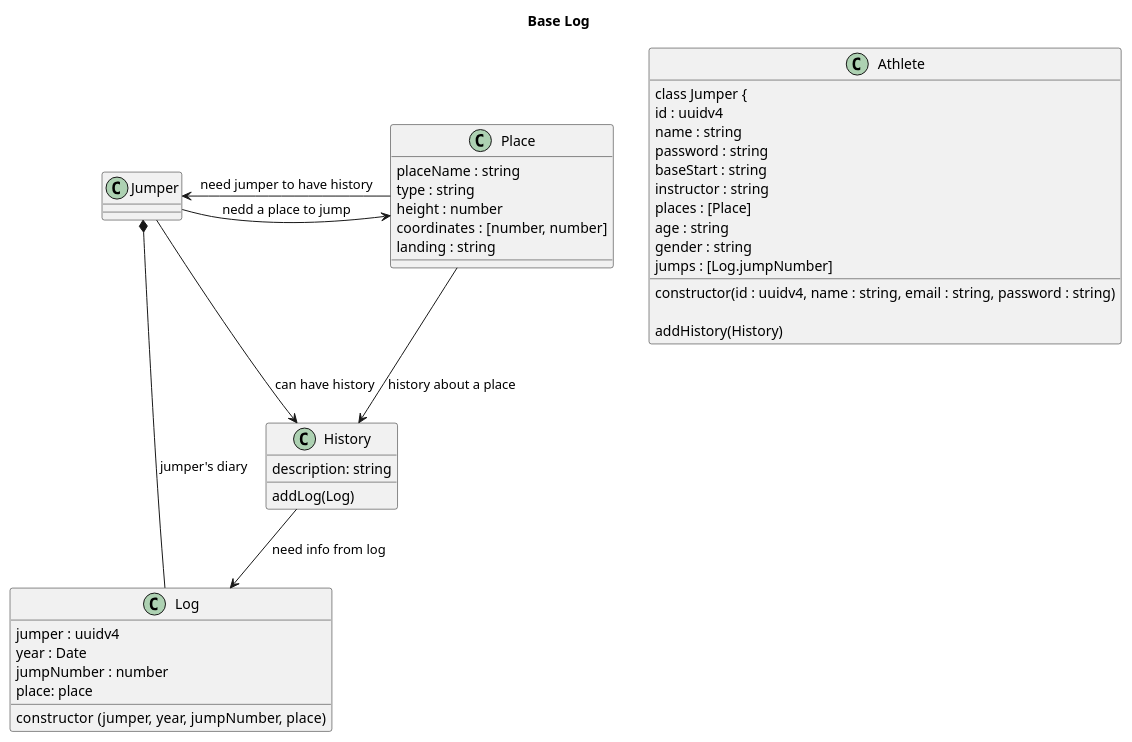
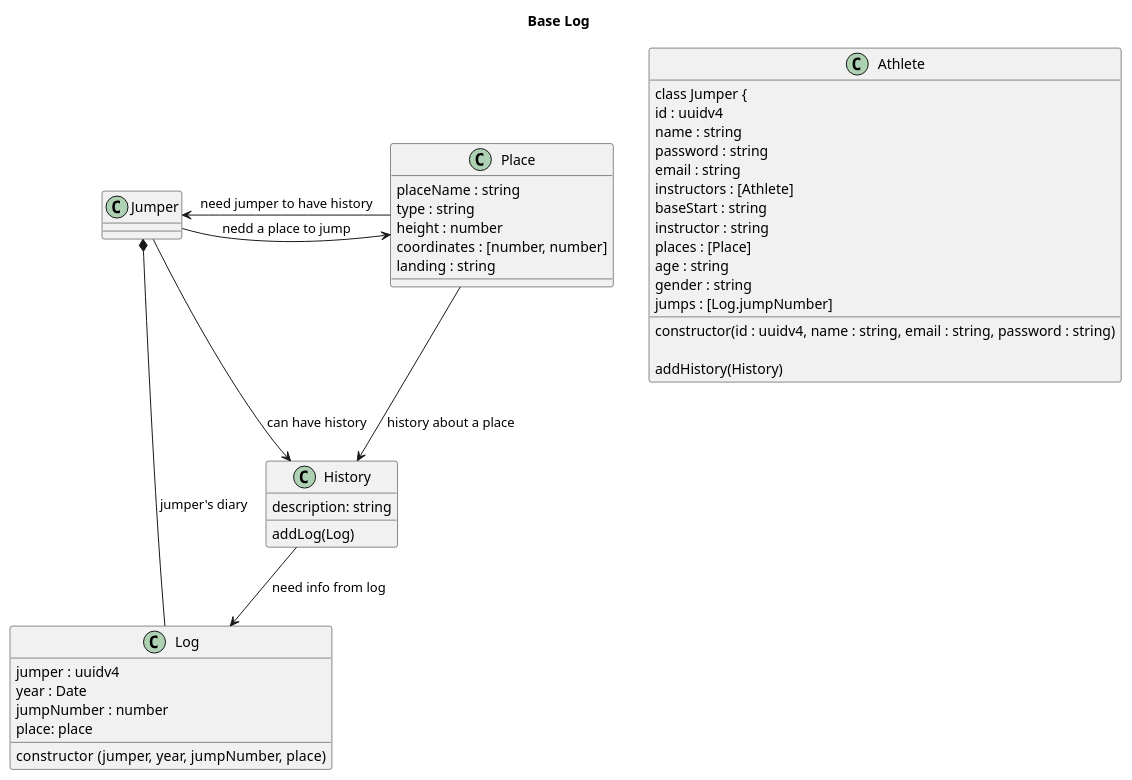
The diagram in architecture/class.puml (discombobulateme/webdoc), drawn with PlantUML before and after one commit.

Commit message:
Add properties instructors as athletes and email

```diff
--- a/architecture/class.puml
+++ b/architecture/class.puml
@@ -1,62 +1,64 @@
 @startuml Base Log
 Title Base Log
 
 class Athlete {
 class Jumper {
 id : uuidv4
 name : string
 password : string
+email : string
+instructors : [Athlete]
 baseStart : string
 instructor : string
 places : [Place]
 age : string
 gender : string
 jumps : [Log.jumpNumber]
 
 constructor(id : uuidv4, name : string, email : string, password : string)
 
 ' A jumper can have one or more histories
 addHistory(History)
 }
 
 ' Place is static, works on it's own
 class Place {
 placeName : string
 type : string
 height : number
 coordinates : [number, number]
 landing : string
 }
 
 ' History is what goes to the timeline
 class History {
 description: string
 ' Instead of repeating the Log infos
 addLog(Log)
 }
 
 class Log {
 jumper : uuidv4
 year : Date
 ' jumpNumber is a counter
 jumpNumber : number
 place: place
 
 constructor (jumper, year, jumpNumber, place)
 }
 
 ' Head *- Hand : composition
 ' Parent o-- IndependentChild : agregation
 ' Need --> Use : association
 
 Jumper -> Place : nedd a place to jump
 Jumper *- Log : jumper's diary
 Jumper -> History : can have history
 
 History --> Log : need info from log
 
 Place -> Jumper : need jumper to have history
 Place --> History : history about a place
 
 
 @enduml
```
